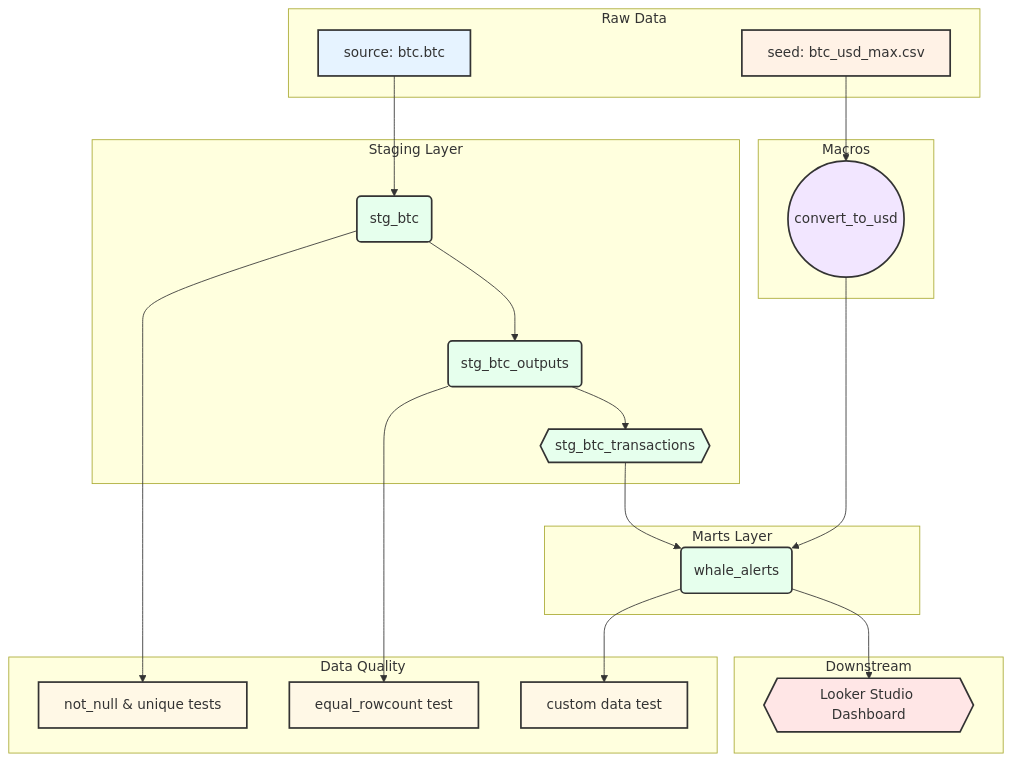
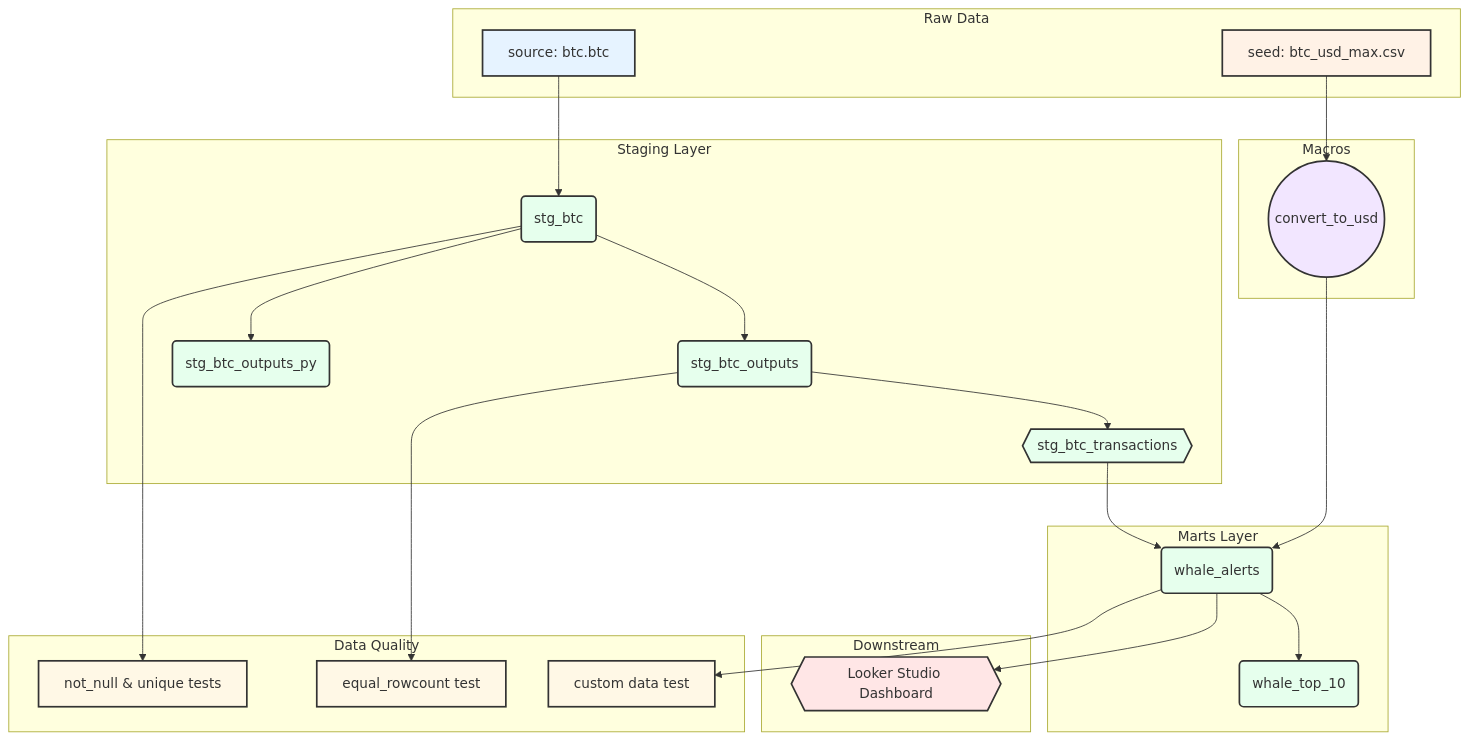
The first of 2 diagrams in README.md (SagarMarthandan/BTC), drawn with Mermaid before and after one commit. The commit also changed other lines of this file, not shown here.

````diff
--- a/README.md
+++ b/README.md
@@ -25,55 +58,61 @@
 ```mermaid
 graph TD
     subgraph "Raw Data"
         A[source: btc.btc]
         F[seed: btc_usd_max.csv]
     end
 
     subgraph "Staging Layer"
         B(stg_btc)
         C(stg_btc_outputs)
+        C_PY(stg_btc_outputs_py)
         D{{stg_btc_transactions}}
     end
 
     subgraph "Marts Layer"
         E(whale_alerts)
+        E_TOP(whale_top_10)
     end
 
     subgraph "Macros"
         G((convert_to_usd))
     end
 
     subgraph "Downstream"
         H{{Looker Studio Dashboard}}
     end
 
     subgraph "Data Quality"
         T1[not_null & unique tests]
         T2[equal_rowcount test]
         T3[custom data test]
     end
 
     A --> B
     B --> C
+    B --> C_PY
     C --> D
     D --> E
+    E --> E_TOP
     F --> G
     G --> E
     E --> H
 
     B --> T1
     C --> T2
     E --> T3
 
     style A fill:#e6f3ff,stroke:#333,stroke-width:2px
     style F fill:#fff2e6,stroke:#333,stroke-width:2px
     style B fill:#e6ffed,stroke:#333,stroke-width:2px
     style C fill:#e6ffed,stroke:#333,stroke-width:2px
+    style C_PY fill:#e6ffed,stroke:#333,stroke-width:2px
     style D fill:#e6ffed,stroke:#333,stroke-width:2px
     style E fill:#e6ffed,stroke:#333,stroke-width:2px
+    style E_TOP fill:#e6ffed,stroke:#333,stroke-width:2px
     style G fill:#f2e6ff,stroke:#333,stroke-width:2px
     style H fill:#ffe6e6,stroke:#333,stroke-width:2px
     style T1 fill:#fff8e6,stroke:#333,stroke-width:2px
     style T2 fill:#fff8e6,stroke:#333,stroke-width:2px
     style T3 fill:#fff8e6,stroke:#333,stroke-width:2px
 ```
````
